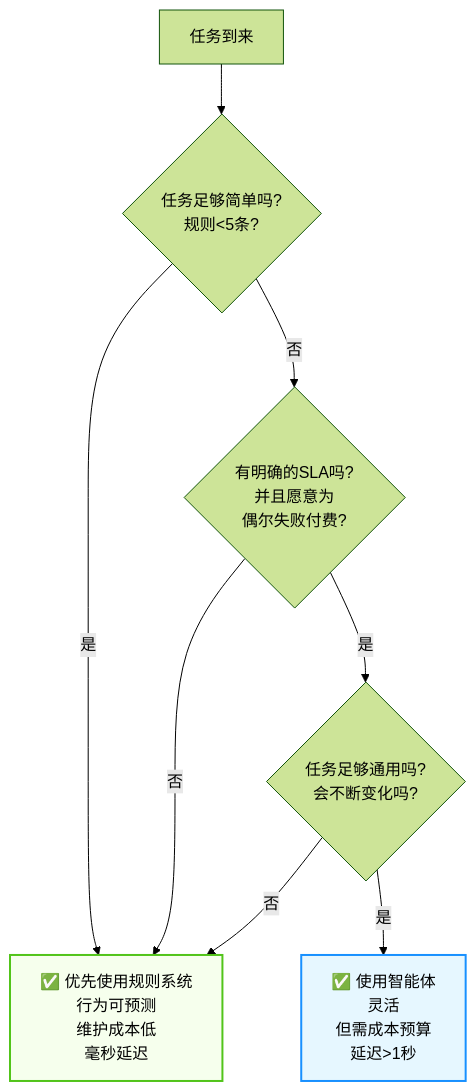
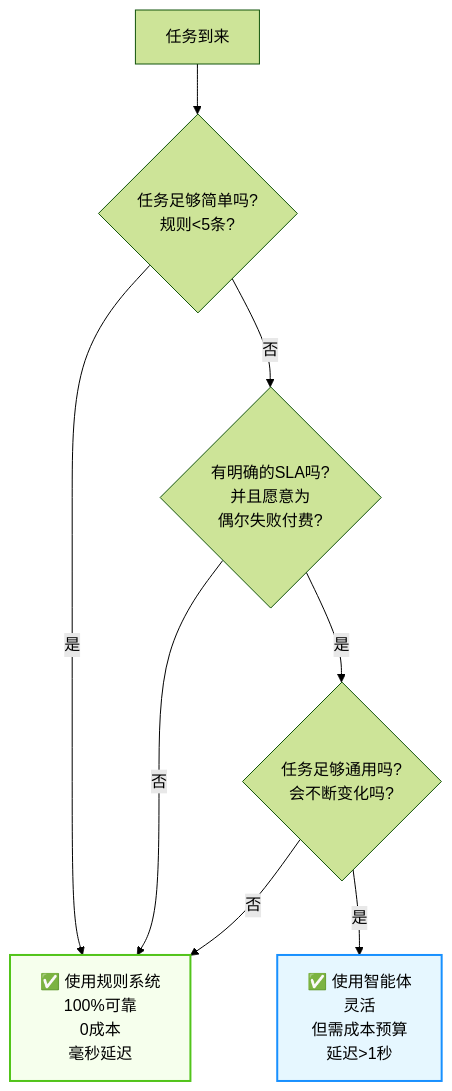
One commit to yeasy/agentic_ai_guide changed the third of 3 diagrams in 09_agentops/9.8_experiment_to_production.md. Above: the diagram before and after it, drawn with Mermaid (forest theme). The commit also changed other lines of this file and 17 other files, not shown here.

````diff
--- a/09_agentops/9.8_experiment_to_production.md
+++ b/09_agentops/9.8_experiment_to_production.md
@@ -279,21 +279,21 @@
 ```mermaid
 graph TD
     Task["任务到来"]
 
     Task --> Q1{"任务足够简单吗?<br/>规则<5条?"}
 
-    Q1 -->|是| Rules["✅ 优先使用规则系统<br/>行为可预测<br/>维护成本低<br/>毫秒延迟"]
+    Q1 -->|是| Rules["✅ 使用规则系统<br/>100%可靠<br/>0成本<br/>毫秒延迟"]
 
     Q1 -->|否| Q2{"有明确的SLA吗?<br/>并且愿意为<br/>偶尔失败付费?"}
 
     Q2 -->|否| Rules
 
     Q2 -->|是| Q3{"任务足够通用吗?<br/>会不断变化吗?"}
 
     Q3 -->|否| Rules
 
     Q3 -->|是| Agent["✅ 使用智能体<br/>灵活<br/>但需成本预算<br/>延迟>1秒"]
 
     style Rules fill:#f6ffed,stroke:#52c41a,stroke-width:2px
     style Agent fill:#e6f7ff,stroke:#1890ff,stroke-width:2px
 ```
````
